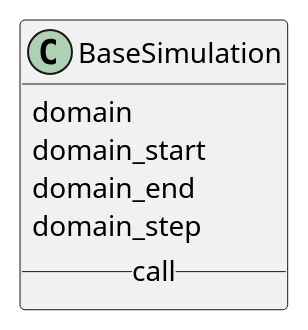
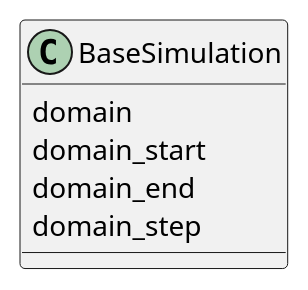
One commit to russell-n/thetuna changed the diagram in optimization/simulations/basesimulation.rst. Above: the diagram before and after it, drawn with PlantUML. The commit also changed other lines of this file and 64 other files, not shown here.

```diff
--- a/optimization/simulations/basesimulation.rst
+++ b/optimization/simulations/basesimulation.rst
@@ -22,7 +22,6 @@
 .. uml::
 
    BaseSimulation : domain
    BaseSimulation : domain_start
    BaseSimulation : domain_end
    BaseSimulation : domain_step
-   BaseSimulation : __call__
```
